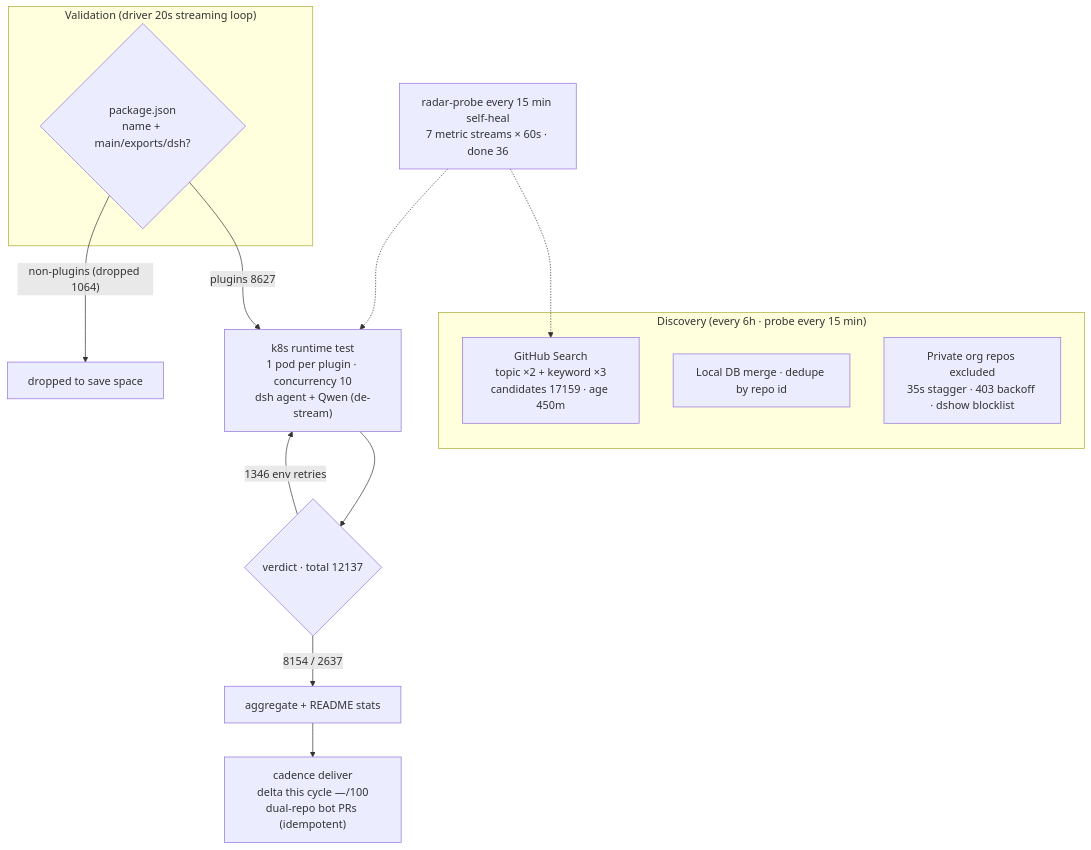
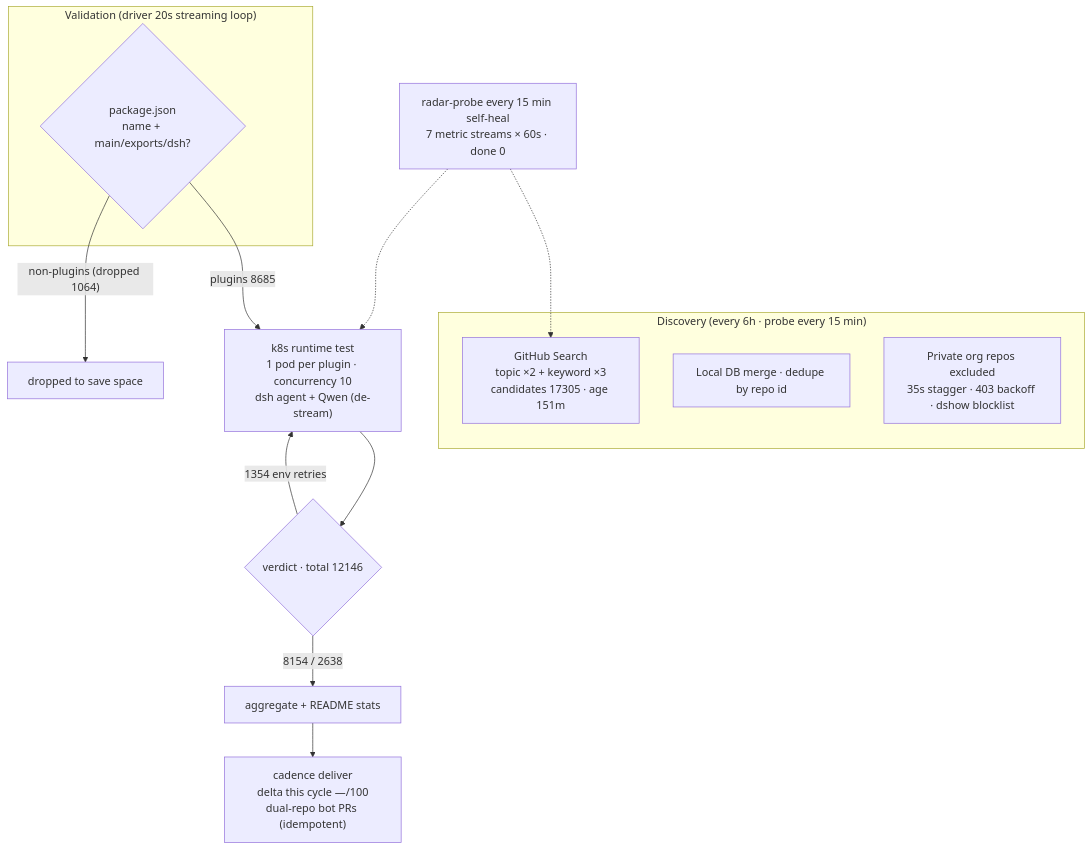
Before and after one commit to AdamPlatin123/awesome-dsh-plugins: the diagram in README.en-US.md, drawn with Mermaid. The commit also changed other lines of this file and 5 other files, not shown here.

````diff
--- a/README.en-US.md
+++ b/README.en-US.md
@@ -45,20 +45,20 @@
 ```mermaid
 flowchart TB
     subgraph Discovery["Discovery (every 6h · probe every 15 min)"]
-        A1["GitHub Search<br/>topic ×2 + keyword ×3<br/>candidates 17159 · age 450m"]
+        A1["GitHub Search<br/>topic ×2 + keyword ×3<br/>candidates 17305 · age 151m"]
         A2["Local DB merge · dedupe by repo id"]
         A3["Private org repos excluded<br/>35s stagger · 403 backoff · dshow blocklist"]
     end
     subgraph Validation["Validation (driver 20s streaming loop)"]
         B1{"package.json<br/>name + main/exports/dsh?"}
     end
-    B1 -->|"plugins 8627"| C1["k8s runtime test<br/>1 pod per plugin · concurrency 10<br/>dsh agent + Qwen (de-stream)"]
+    B1 -->|"plugins 8685"| C1["k8s runtime test<br/>1 pod per plugin · concurrency 10<br/>dsh agent + Qwen (de-stream)"]
     B1 -->|"non-plugins (dropped 1064)"| B3["dropped to save space"]
-    C1 --> D1{"verdict · total 12137"}
-    D1 -->|"8154 / 2637"| E1["aggregate + README stats"]
-    D1 -->|"1346 env retries"| C1
+    C1 --> D1{"verdict · total 12146"}
+    D1 -->|"8154 / 2638"| E1["aggregate + README stats"]
+    D1 -->|"1354 env retries"| C1
     E1 --> E2["cadence deliver<br/>delta this cycle —/100<br/>dual-repo bot PRs (idempotent)"]
-    M["radar-probe every 15 min self-heal<br/>7 metric streams × 60s · done 36"]
+    M["radar-probe every 15 min self-heal<br/>7 metric streams × 60s · done 0"]
     M -.-> A1
     M -.-> C1
 ```
````
